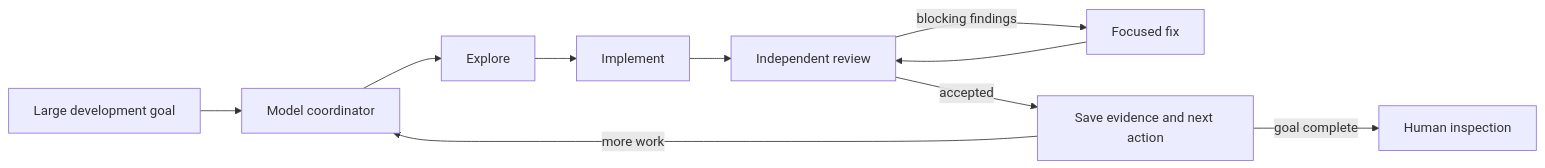
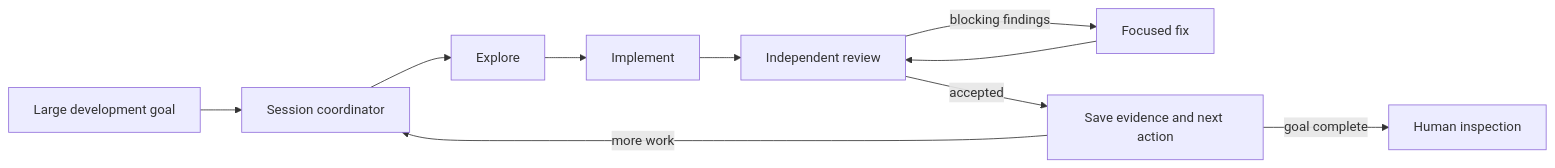
One commit to alefranz/AgenticAle changed the diagram in docs/autonomous.md. Above: the diagram before and after it, drawn with Mermaid. The commit also changed other lines of this file and 88 other files, not shown here.

````diff
--- a/docs/autonomous.md
+++ b/docs/autonomous.md
@@ -19,12 +16,12 @@
 ```mermaid
 flowchart LR
-    A[Large development goal] --> B[Model coordinator]
+    A[Large development goal] --> B[Session coordinator]
     B --> C[Explore]
     C --> D[Implement]
     D --> E[Independent review]
     E -->|blocking findings| F[Focused fix]
     F --> E
     E -->|accepted| G[Save evidence and next action]
     G -->|more work| B
     G -->|goal complete| H[Human inspection]
 ```
````
